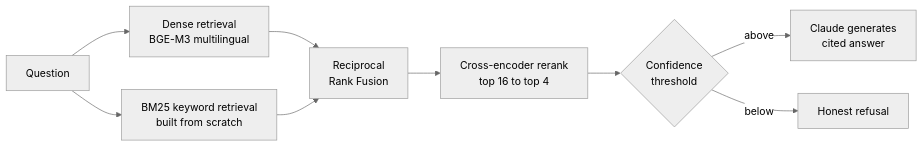
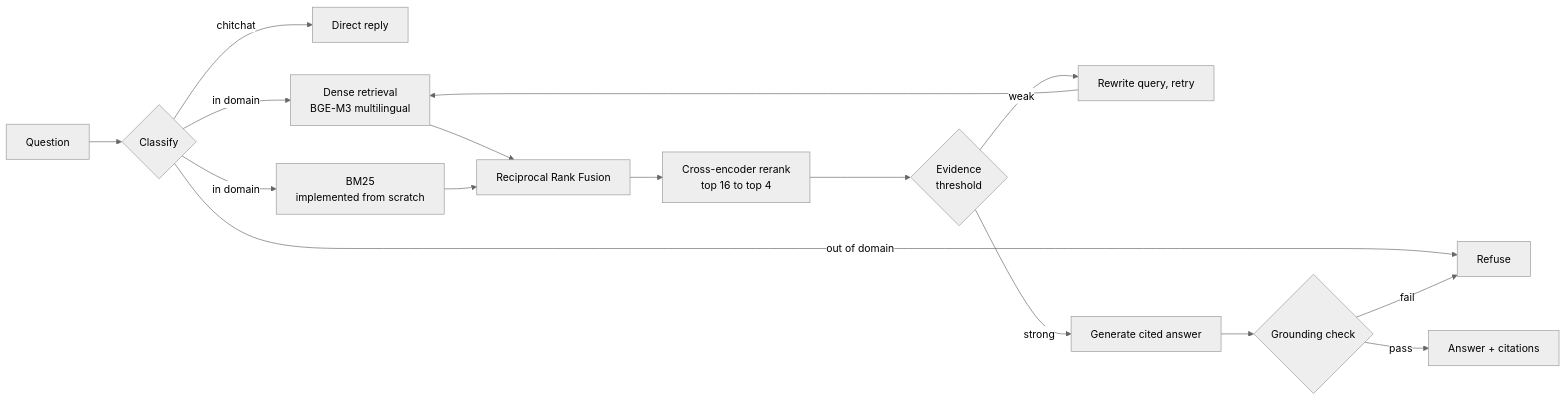
One commit to varshakodi/SchemeSetu changed the diagram in README.md. Above: the diagram before and after it, drawn with Mermaid (neutral theme). The commit also changed other lines of this file and 5 other files, not shown here.

````diff
--- a/README.md
+++ b/README.md
@@ -79,11 +71,18 @@
 ```mermaid
 flowchart LR
-    Q[Question] --> D[Dense retrieval\nBGE-M3 multilingual]
-    Q --> B[BM25 keyword retrieval\nbuilt from scratch]
-    D --> F[Reciprocal\nRank Fusion]
+    Q[Question] --> C{Classify}
+    C -->|chitchat| DR[Direct reply]
+    C -->|out of domain| N[Refuse]
+    C -->|in domain| D[Dense retrieval<br/>BGE-M3 multilingual]
+    C -->|in domain| B[BM25<br/>implemented from scratch]
+    D --> F[Reciprocal Rank Fusion]
     B --> F
-    F --> R[Cross-encoder rerank\ntop 16 to top 4]
-    R --> T{Confidence\nthreshold}
-    T -->|above| G[Claude generates\ncited answer]
-    T -->|below| N[Honest refusal]
+    F --> R[Cross-encoder rerank<br/>top 16 to top 4]
+    R --> T{Evidence<br/>threshold}
+    T -->|weak| RW[Rewrite query, retry]
+    RW --> D
+    T -->|strong| G[Generate cited answer]
+    G --> V{Grounding check}
+    V -->|pass| A[Answer + citations]
+    V -->|fail| N
 ```
````
